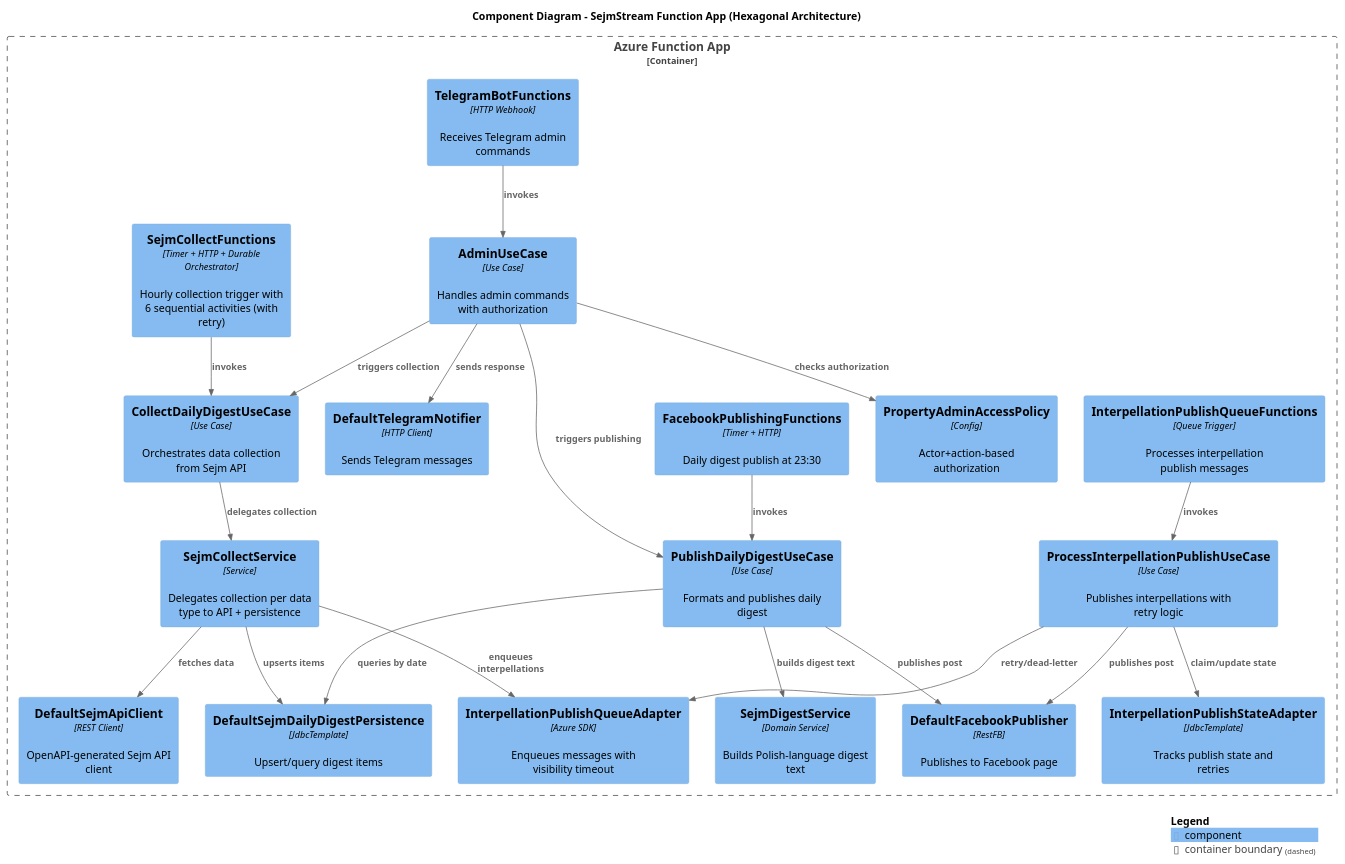
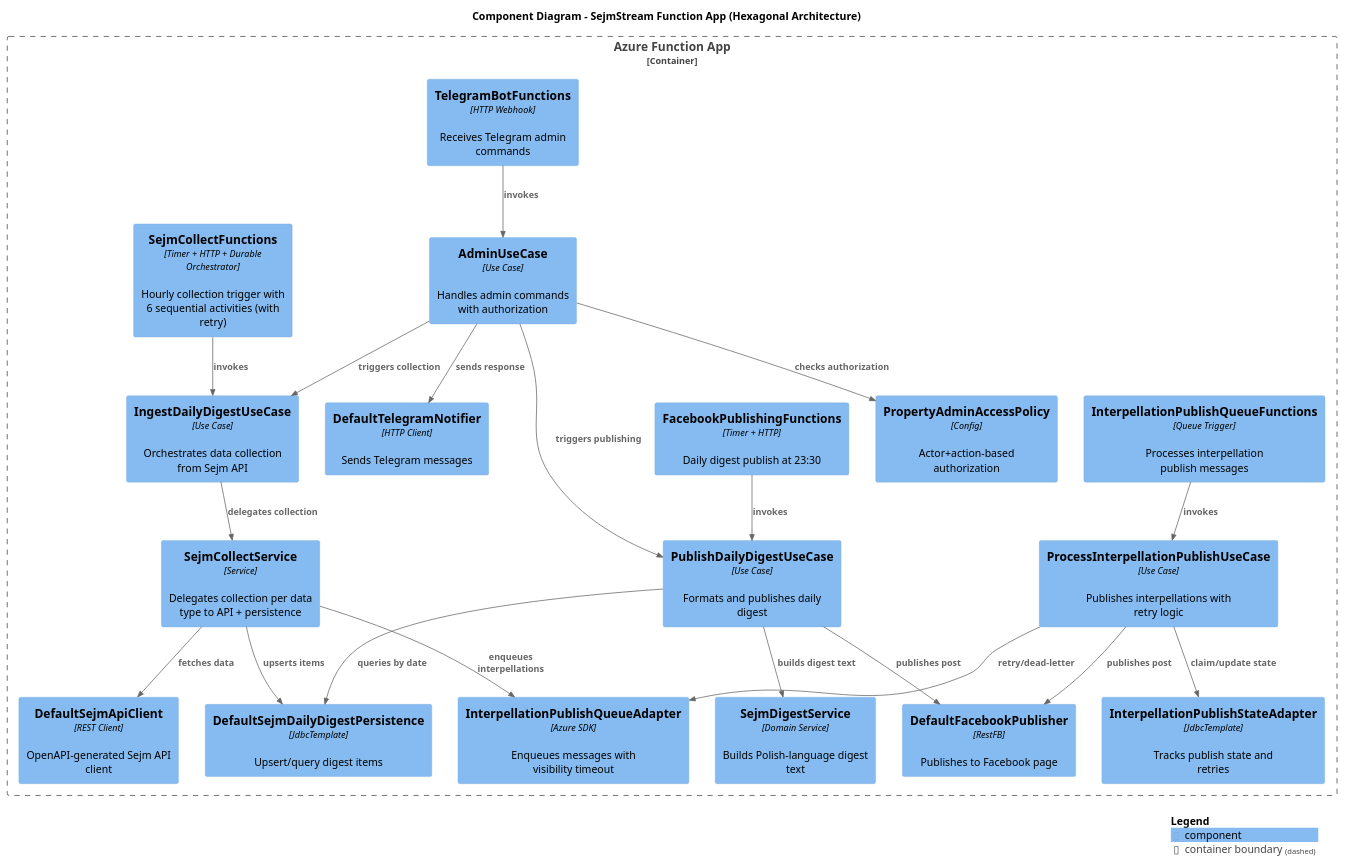
One commit to onlexnet/sejmstream changed the diagram in docs/c4/c4-components.puml. Above: the diagram before and after it, drawn with PlantUML. The commit also changed 43 other files, not shown here.

```diff
--- a/docs/c4/c4-components.puml
+++ b/docs/c4/c4-components.puml
@@ -1,55 +1,55 @@
 @startuml C4_Components
 !include https://raw.githubusercontent.com/plantuml-stdlib/C4-PlantUML/master/C4_Component.puml
 
 title Component Diagram - SejmStream Function App (Hexagonal Architecture)
 
 Container_Boundary(func_app, "Azure Function App") {
 
     ' === INBOUND ADAPTERS (Driving) ===
     Component(collect_fn, "SejmCollectFunctions", "Timer + HTTP + Durable Orchestrator", "Hourly collection trigger with 6 sequential activities (with retry)")
     Component(publish_fn, "FacebookPublishingFunctions", "Timer + HTTP", "Daily digest publish at 23:30")
     Component(interpellation_fn, "InterpellationPublishQueueFunctions", "Queue Trigger", "Processes interpellation publish messages")
     Component(telegram_fn, "TelegramBotFunctions", "HTTP Webhook", "Receives Telegram admin commands")
 
     ' === USE CASES (Application Core) ===
-    Component(collect_uc, "CollectDailyDigestUseCase", "Use Case", "Orchestrates data collection from Sejm API")
+    Component(collect_uc, "IngestDailyDigestUseCase", "Use Case", "Orchestrates data collection from Sejm API")
     Component(publish_uc, "PublishDailyDigestUseCase", "Use Case", "Formats and publishes daily digest")
     Component(interpellation_uc, "ProcessInterpellationPublishUseCase", "Use Case", "Publishes interpellations with retry logic")
     Component(admin_uc, "AdminUseCase", "Use Case", "Handles admin commands with authorization")
     Component(digest_svc, "SejmDigestService", "Domain Service", "Builds Polish-language digest text")
 
     ' === OUTBOUND ADAPTERS (Driven) ===
     Component(sejm_client, "DefaultSejmApiClient", "REST Client", "OpenAPI-generated Sejm API client")
     Component(fb_publisher, "DefaultFacebookPublisher", "RestFB", "Publishes to Facebook page")
     Component(tg_notifier, "DefaultTelegramNotifier", "HTTP Client", "Sends Telegram messages")
     Component(persistence, "DefaultSejmDailyDigestPersistence", "JdbcTemplate", "Upsert/query digest items")
     Component(state_port, "InterpellationPublishStateAdapter", "JdbcTemplate", "Tracks publish state and retries")
     Component(queue_port, "InterpellationPublishQueueAdapter", "Azure SDK", "Enqueues messages with visibility timeout")
     Component(collect_ops, "SejmCollectService", "Service", "Delegates collection per data type to API + persistence")
     Component(access_policy, "PropertyAdminAccessPolicy", "Config", "Actor+action-based authorization")
 }
 
 ' === Inbound relationships ===
 Rel(collect_fn, collect_uc, "invokes")
 Rel(publish_fn, publish_uc, "invokes")
 Rel(interpellation_fn, interpellation_uc, "invokes")
 Rel(telegram_fn, admin_uc, "invokes")
 
 ' === Use case to outbound ===
 Rel(collect_uc, collect_ops, "delegates collection")
 Rel(collect_ops, sejm_client, "fetches data")
 Rel(collect_ops, persistence, "upserts items")
 Rel(collect_ops, queue_port, "enqueues interpellations")
 Rel(publish_uc, persistence, "queries by date")
 Rel(publish_uc, digest_svc, "builds digest text")
 Rel(publish_uc, fb_publisher, "publishes post")
 Rel(interpellation_uc, state_port, "claim/update state")
 Rel(interpellation_uc, fb_publisher, "publishes post")
 Rel(interpellation_uc, queue_port, "retry/dead-letter")
 Rel(admin_uc, access_policy, "checks authorization")
 Rel(admin_uc, collect_uc, "triggers collection")
 Rel(admin_uc, publish_uc, "triggers publishing")
 Rel(admin_uc, tg_notifier, "sends response")
 
 SHOW_LEGEND()
 @enduml
```
